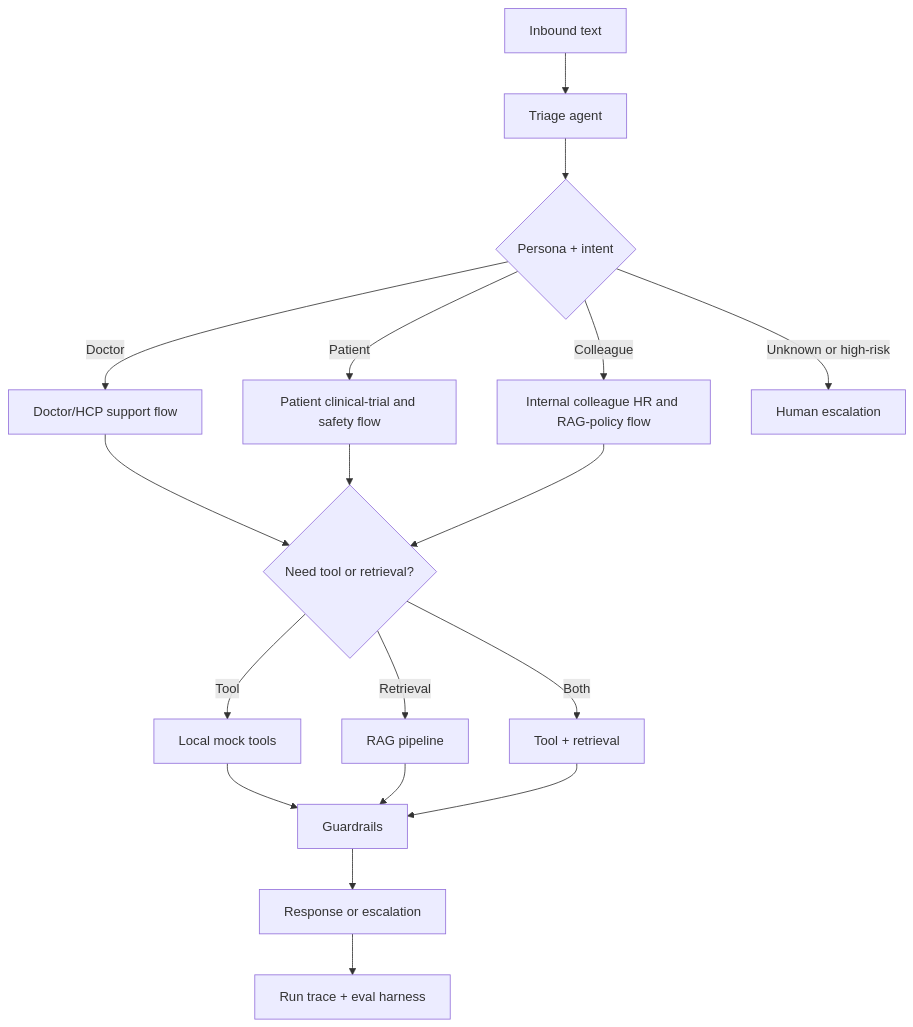
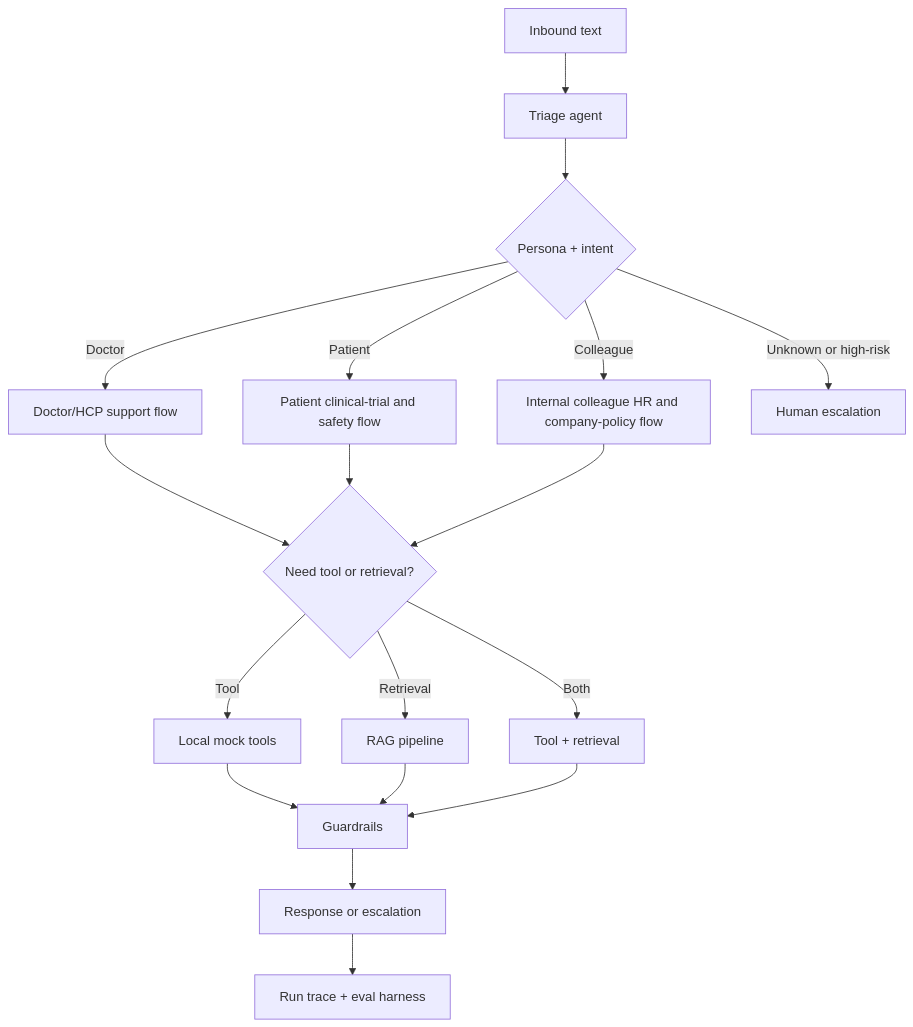
One commit to V0xP0p/call-center-example-case changed the first of 5 diagrams in docs/flow-diagrams.md. Above: the diagram before and after it, drawn with Mermaid. The commit also changed other lines of this file and 38 other files, not shown here.

Commit message:
Replace internal policy corpus with company PDFs

````diff
--- a/docs/flow-diagrams.md
+++ b/docs/flow-diagrams.md
@@ -5,23 +5,23 @@
 ```mermaid
 flowchart TD
     A["Inbound text"] --> B["Triage agent"]
     B --> C{"Persona + intent"}
     C -->|Doctor| D["Doctor/HCP support flow"]
     C -->|Patient| E["Patient clinical-trial and safety flow"]
-    C -->|Colleague| F["Internal colleague HR and RAG-policy flow"]
+    C -->|Colleague| F["Internal colleague HR and company-policy flow"]
     C -->|Unknown or high-risk| G["Human escalation"]
 
     D --> H{"Need tool or retrieval?"}
     E --> H
     F --> H
 
     H -->|Tool| I["Local mock tools"]
     H -->|Retrieval| J["RAG pipeline"]
     H -->|Both| K["Tool + retrieval"]
 
     I --> L["Guardrails"]
     J --> L
     K --> L
     L --> M["Response or escalation"]
     M --> N["Run trace + eval harness"]
 ```
````
